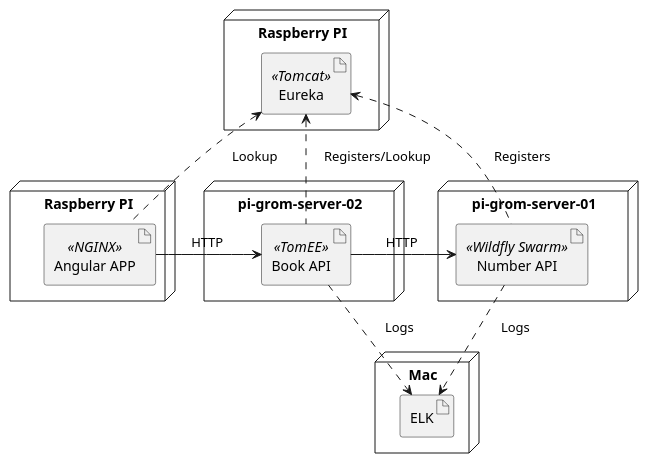
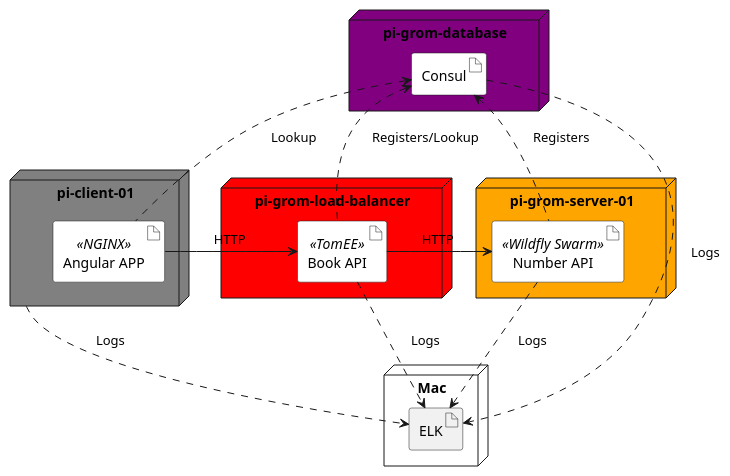
The diagram in slides/src/main/plantuml/circuit-architecture.puml (agoncal/baking-microservice-pie), drawn with PlantUML before and after one commit. The commit also changed 5 other files, not shown here.

```diff
--- a/slides/src/main/plantuml/circuit-architecture.puml
+++ b/slides/src/main/plantuml/circuit-architecture.puml
@@ -1,30 +1,32 @@
 @startuml
 
-node "Raspberry PI" as piclient {
-    artifact "Angular APP" <<NGINX>> as angular
+node "pi-client-01" as piclient #grey {
+    artifact "Angular APP" <<NGINX>> as angular #white
 }
 
-node "pi-grom-server-01" as piserver {
-    artifact "Number API" <<Wildfly Swarm>> as numberapi
+node "pi-grom-server-01" as piserver #orange {
+    artifact "Number API" <<Wildfly Swarm>> as numberapi #white
 }
 
-node "pi-grom-server-02" as piserver2 {
-    artifact "Book API" <<TomEE>> as bookapi
+node "pi-grom-load-balancer" as piserver2 #red {
+    artifact "Book API" <<TomEE>> as bookapi #white
 }
 
-node "Raspberry PI" as piregistry {
-    artifact "Eureka" <<Tomcat>> as eureka
+node "pi-grom-database" as piregistry #purple {
+    artifact "Consul" as consule #white
 }
 
 node "Mac" as mac {
     artifact "ELK" as elk
 }
 
 angular -> bookapi: "     HTTP      "
 bookapi -> numberapi: "     HTTP      "
 bookapi -.> elk: "     Logs      "
 numberapi -.> elk: "     Logs      "
-numberapi -up.> eureka: "     Registers      "
-bookapi -up.> eureka: "     Registers/Lookup      "
-angular -up.> eureka: "     Lookup      "
+piclient -.> elk: "     Logs      "
+consule -.> elk: "     Logs      "
+numberapi -up.> consule: "     Registers      "
+bookapi -up.> consule: "     Registers/Lookup      "
+angular -up.> consule: "     Lookup      "
 @enduml
```
